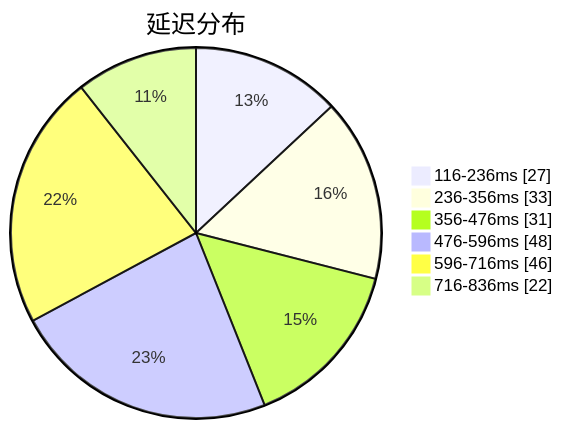
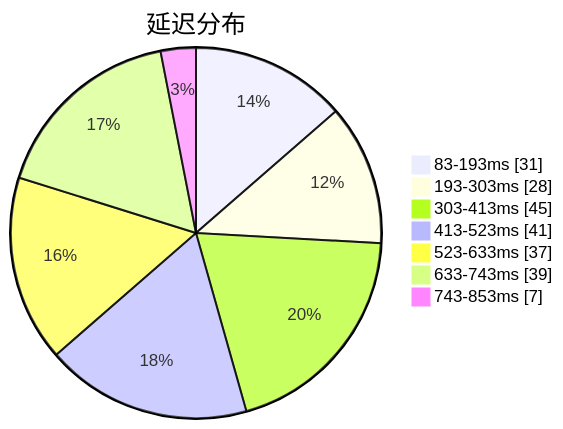
The first of 3 diagrams in subs/statistics/tested_within.md (sinspired/airport), drawn with Mermaid before and after one commit. The commit also changed other lines of this file and 2 other files, not shown here.

````diff
--- a/subs/statistics/tested_within.md
+++ b/subs/statistics/tested_within.md
@@ -2,10 +2,11 @@
 ```mermaid
 pie showData
 title 延迟分布
-"116-236ms" : 27
-"236-356ms" : 33
-"356-476ms" : 31
-"476-596ms" : 48
-"596-716ms" : 46
-"716-836ms" : 22
+"83-193ms" : 31
+"193-303ms" : 28
+"303-413ms" : 45
+"413-523ms" : 41
+"523-633ms" : 37
+"633-743ms" : 39
+"743-853ms" : 7
 ```
````
